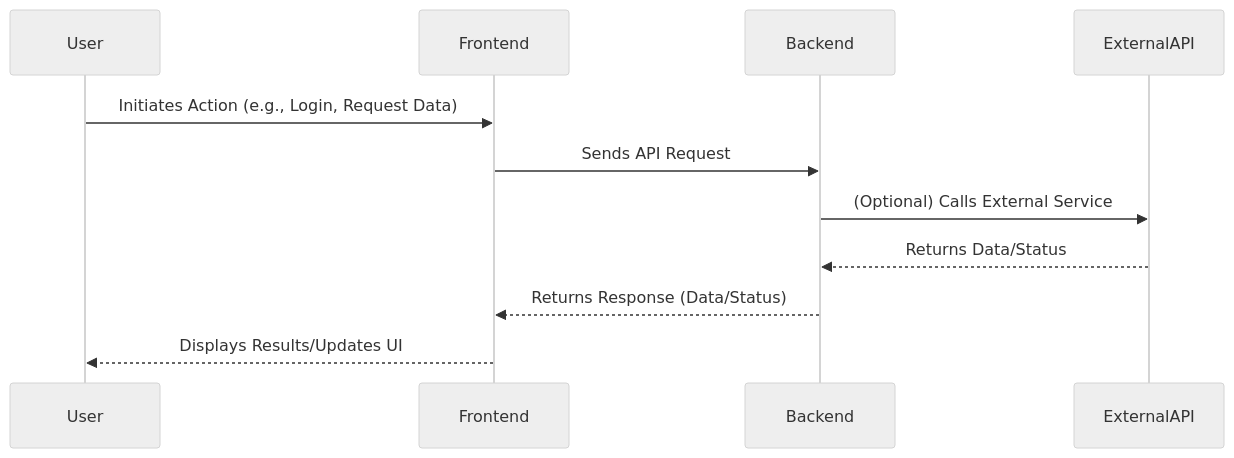
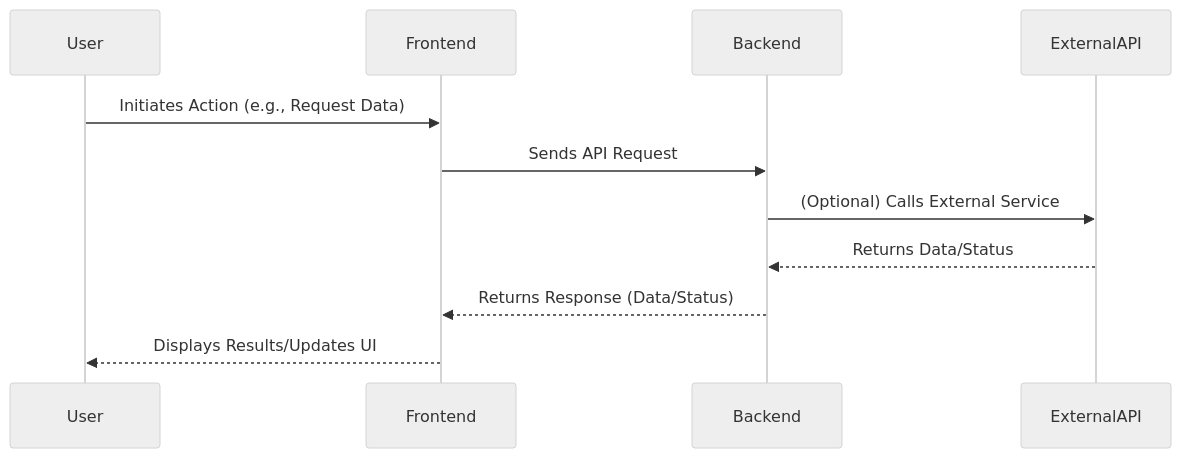
One commit to Akashbabum/LeafX changed the diagram in SEQUENCE.md. Above: the diagram before and after it, drawn with Mermaid (neutral theme).

````diff
--- a/SEQUENCE.md
+++ b/SEQUENCE.md
@@ -1,16 +1,16 @@
 ```mermaid
 sequenceDiagram
     participant User
     participant Frontend
     participant Backend
     participant ExternalAPI
 
-    User->>Frontend: Initiates Action (e.g., Login, Request Data)
+    User->>Frontend: Initiates Action (e.g., Request Data)
     Frontend->>Backend: Sends API Request
-    %% Database interactions removed
+    %% Database interactions and login removed
     Backend->>ExternalAPI: (Optional) Calls External Service
     ExternalAPI-->>Backend: Returns Data/Status
     %% Data handled in-memory in Backend
     Backend-->>Frontend: Returns Response (Data/Status)
     Frontend-->>User: Displays Results/Updates UI
 ```
````
